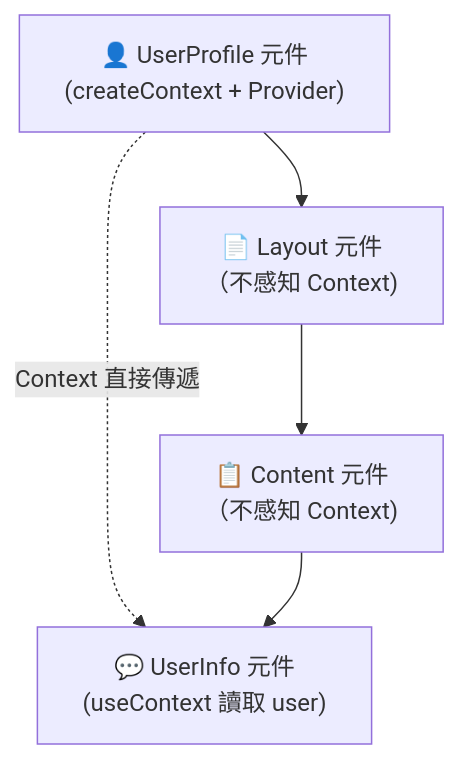
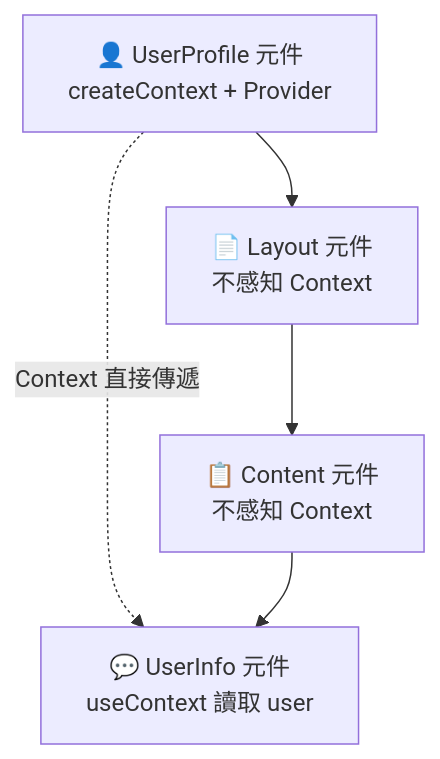
The second of 5 diagrams in source/_posts/lokiTech-js-react-19-of-4-context-reducer.md (summer10920/summer10920.github.io), drawn with Mermaid before and after one commit. The commit also changed other lines of this file and 1 other file, not shown here.

```diff
--- a/source/_posts/lokiTech-js-react-19-of-4-context-reducer.md
+++ b/source/_posts/lokiTech-js-react-19-of-4-context-reducer.md
@@ -56,11 +53,11 @@
 {% mermaid graph TD %}
-A["👤 UserProfile 元件<br/>(createContext + Provider)"]
-B["📄 Layout 元件<br/>（不感知 Context)"]
-C["📋 Content 元件<br/>（不感知 Context)"]
-D["💬 UserInfo 元件<br/>(useContext 讀取 user)"]
+A["👤 UserProfile 元件<br/>createContext + Provider"]
+B["📄 Layout 元件<br/>不感知 Context"]
+C["📋 Content 元件<br/>不感知 Context"]
+D["💬 UserInfo 元件<br/>useContext 讀取 user"]
 
 A -.->|"Context 直接傳遞"| D
 A --> B
 B --> C
 C --> D
 {% endmermaid %}
```
